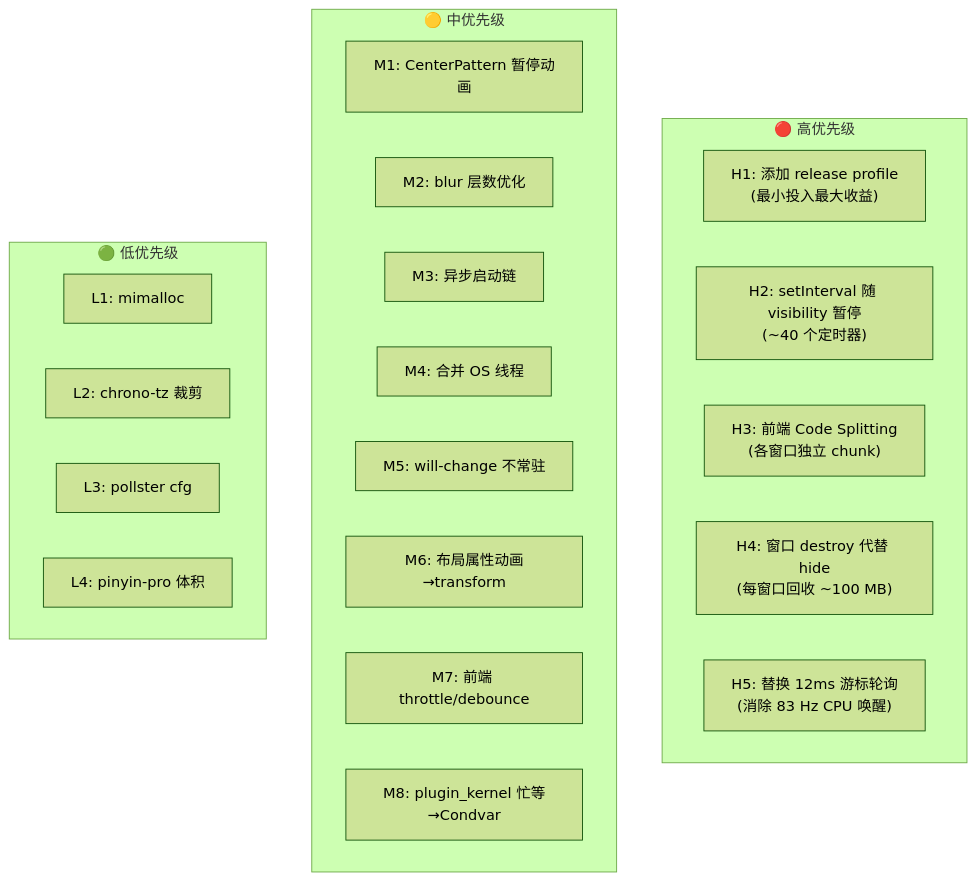
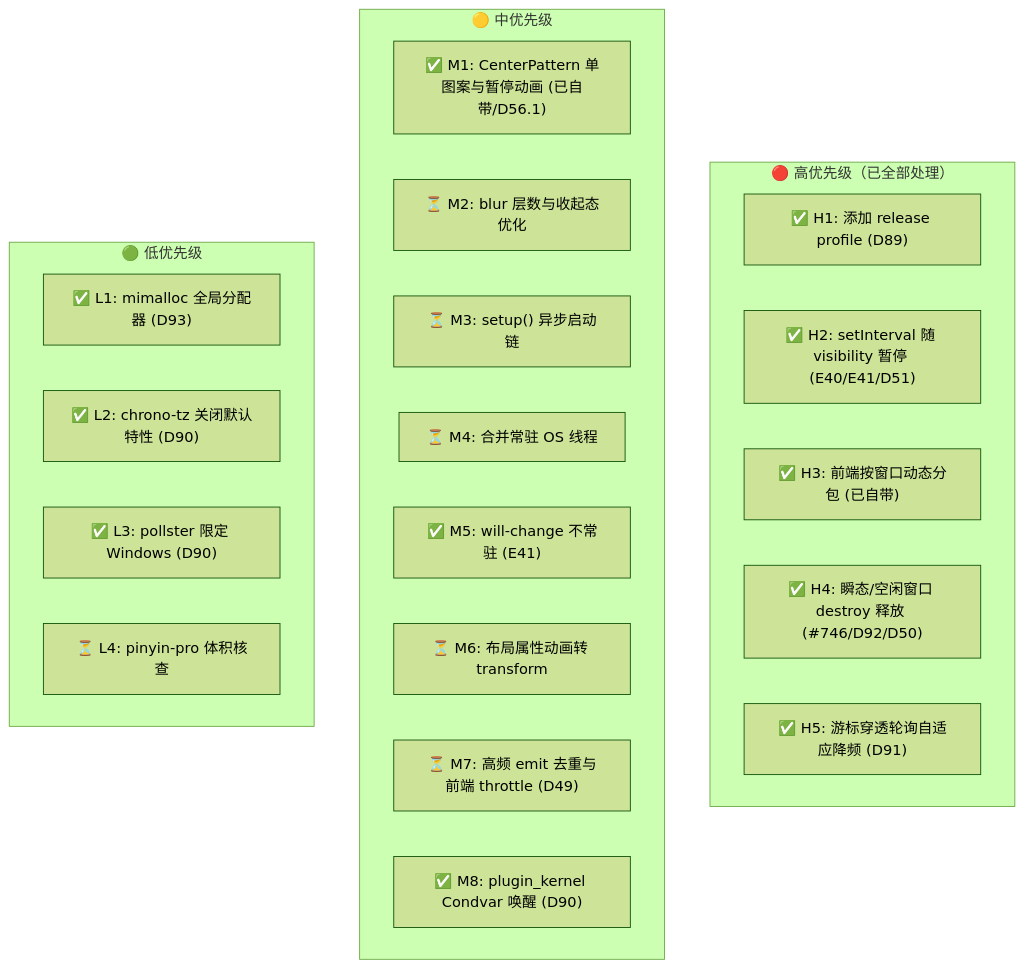
Before and after one commit to TixXin/Fuyu: the diagram in docs/research/fuyu-performance-audit.md, drawn with Mermaid (forest theme). The commit also changed other lines of this file, not shown here.

````diff
--- a/docs/research/fuyu-performance-audit.md
+++ b/docs/research/fuyu-performance-audit.md
@@ -245,26 +204,26 @@
 ```mermaid
 flowchart TD
-    subgraph "🔴 高优先级"
-        H1["H1: 添加 release profile\n(最小投入最大收益)"]
-        H2["H2: setInterval 随 visibility 暂停\n(~40 个定时器)"]
-        H3["H3: 前端 Code Splitting\n(各窗口独立 chunk)"]
-        H4["H4: 窗口 destroy 代替 hide\n(每窗口回收 ~100 MB)"]
-        H5["H5: 替换 12ms 游标轮询\n(消除 83 Hz CPU 唤醒)"]
+    subgraph "🔴 高优先级（已全部处理）"
+        H1["✅ H1: 添加 release profile (D89)"]
+        H2["✅ H2: setInterval 随 visibility 暂停 (E40/E41/D51)"]
+        H3["✅ H3: 前端按窗口动态分包 (已自带)"]
+        H4["✅ H4: 瞬态/空闲窗口 destroy 释放 (#746/D92/D50)"]
+        H5["✅ H5: 游标穿透轮询自适应降频 (D91)"]
     end
     subgraph "🟡 中优先级"
-        M1["M1: CenterPattern 暂停动画"]
-        M2["M2: blur 层数优化"]
-        M3["M3: 异步启动链"]
-        M4["M4: 合并 OS 线程"]
-        M5["M5: will-change 不常驻"]
-        M6["M6: 布局属性动画→transform"]
-        M7["M7: 前端 throttle/debounce"]
-        M8["M8: plugin_kernel 忙等→Condvar"]
+        M1["✅ M1: CenterPattern 单图案与暂停动画 (已自带/D56.1)"]
+        M2["⏳ M2: blur 层数与收起态优化"]
+        M3["⏳ M3: setup() 异步启动链"]
+        M4["⏳ M4: 合并常驻 OS 线程"]
+        M5["✅ M5: will-change 不常驻 (E41)"]
+        M6["⏳ M6: 布局属性动画转 transform"]
+        M7["⏳ M7: 高频 emit 去重与前端 throttle (D49)"]
+        M8["✅ M8: plugin_kernel Condvar 唤醒 (D90)"]
     end
     subgraph "🟢 低优先级"
-        L1["L1: mimalloc"]
-        L2["L2: chrono-tz 裁剪"]
-        L3["L3: pollster cfg"]
-        L4["L4: pinyin-pro 体积"]
+        L1["✅ L1: mimalloc 全局分配器 (D93)"]
+        L2["✅ L2: chrono-tz 关闭默认特性 (D90)"]
+        L3["✅ L3: pollster 限定 Windows (D90)"]
+        L4["⏳ L4: pinyin-pro 体积核查"]
     end
 ```
````
